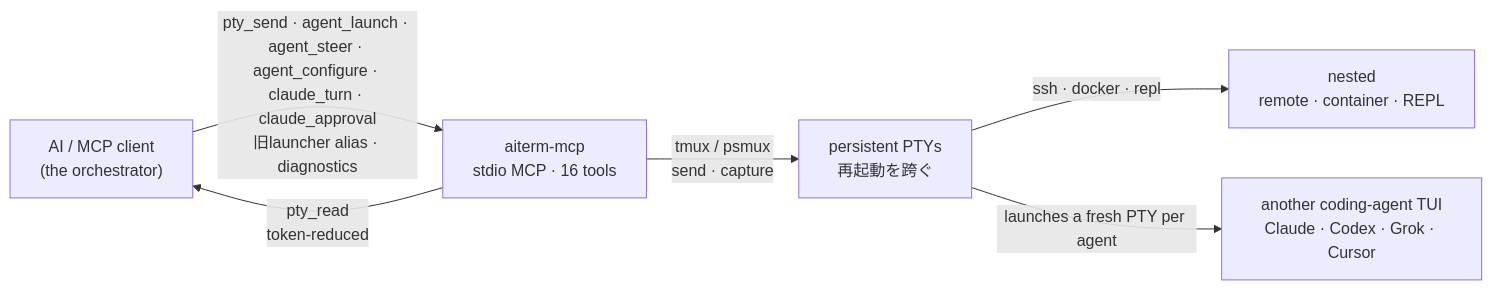
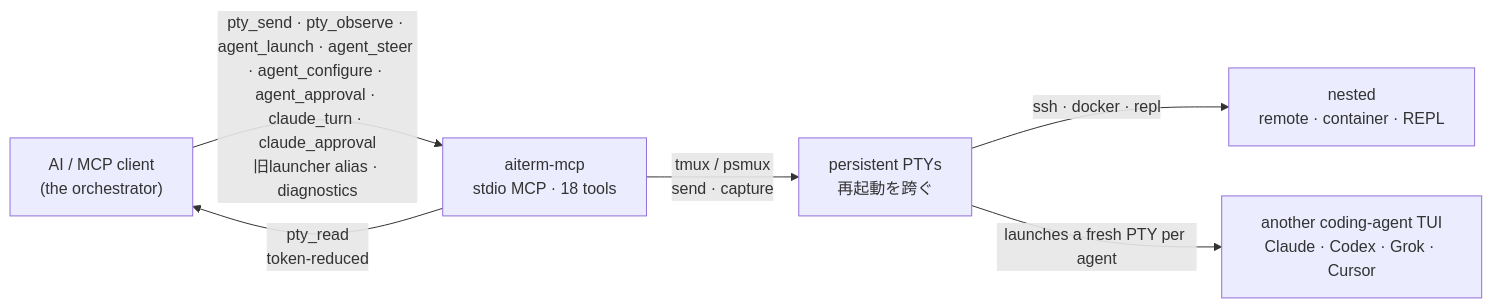
One commit to kitepon/aiterm-mcp changed the diagram in README.ja.md. Above: the diagram before and after it, drawn with Mermaid. The commit also changed other lines of this file and 28 other files, not shown here.

````diff
--- a/README.ja.md
+++ b/README.ja.md
@@ -356,8 +356,8 @@
 ```mermaid
 flowchart LR
-    AI["AI / MCP client<br/>(the orchestrator)"] -->|"pty_send · agent_launch · agent_steer · agent_configure · claude_turn · claude_approval<br/>旧launcher alias · diagnostics"| S["aiterm-mcp<br/>stdio MCP · 16 tools"]
+    AI["AI / MCP client<br/>(the orchestrator)"] -->|"pty_send · pty_observe · agent_launch · agent_steer · agent_configure · agent_approval · claude_turn · claude_approval<br/>旧launcher alias · diagnostics"| S["aiterm-mcp<br/>stdio MCP · 18 tools"]
     S -->|"pty_read<br/>token-reduced"| AI
     S -->|"tmux / psmux<br/>send · capture"| P["persistent PTYs<br/>再起動を跨ぐ"]
     P -->|"ssh · docker · repl"| R["nested<br/>remote · container · REPL"]
     P -->|"launches a fresh PTY per agent"| A["another coding-agent TUI<br/>Claude · Codex · Grok · Cursor"]
 ```
````
